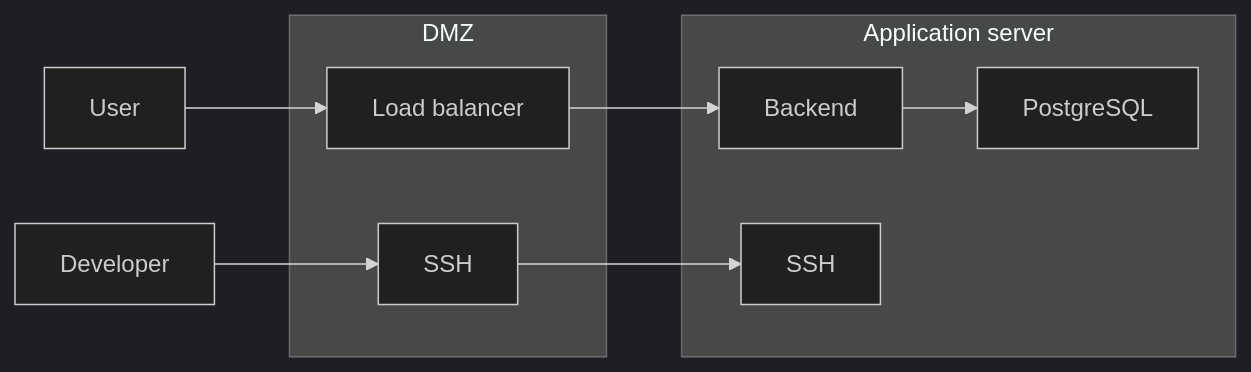
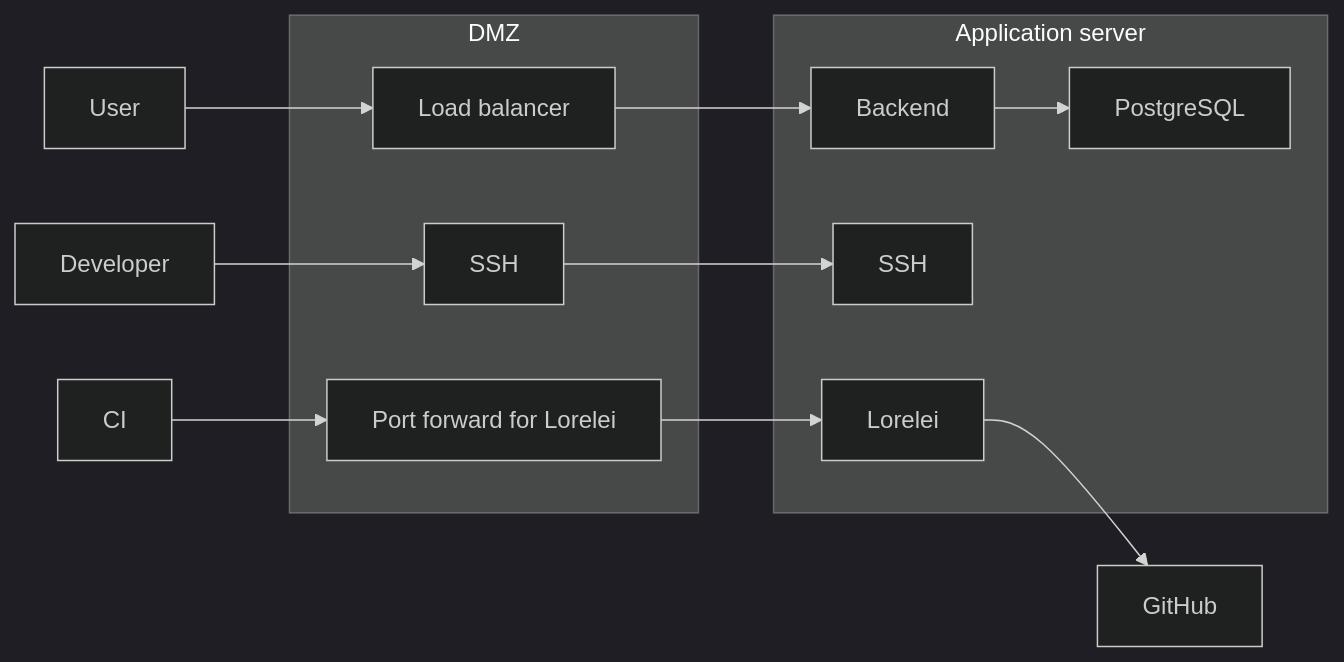
The first of 2 diagrams in Documentation/infra.md (AMT-2021/AMT), drawn with Mermaid (dark theme) before and after one commit. The commit also changed other lines of this file, not shown here.

Commit message:
infra: Introduce Lorelei description

````diff
--- a/Documentation/infra.md
+++ b/Documentation/infra.md
@@ -7,19 +7,25 @@
 ```mermaid
 flowchart LR
     subgraph DMZ
     LB["Load balancer"]
     SSH-dmz["SSH"]
+    Lorelei-lb["Port forward for Lorelei"]
     end
 
     subgraph APP["Application server"]
     Backend
     SSH-app["SSH"]
     Backend --> PostgreSQL
+    Lorelei
     end
 
     LB --> Backend
     SSH-dmz --> SSH-app
 
     User --> LB
     Developer --> SSH-dmz
+
+    CI --> Lorelei-lb
+    Lorelei-lb --> Lorelei
+    Lorelei --> GitHub
 ```
````
